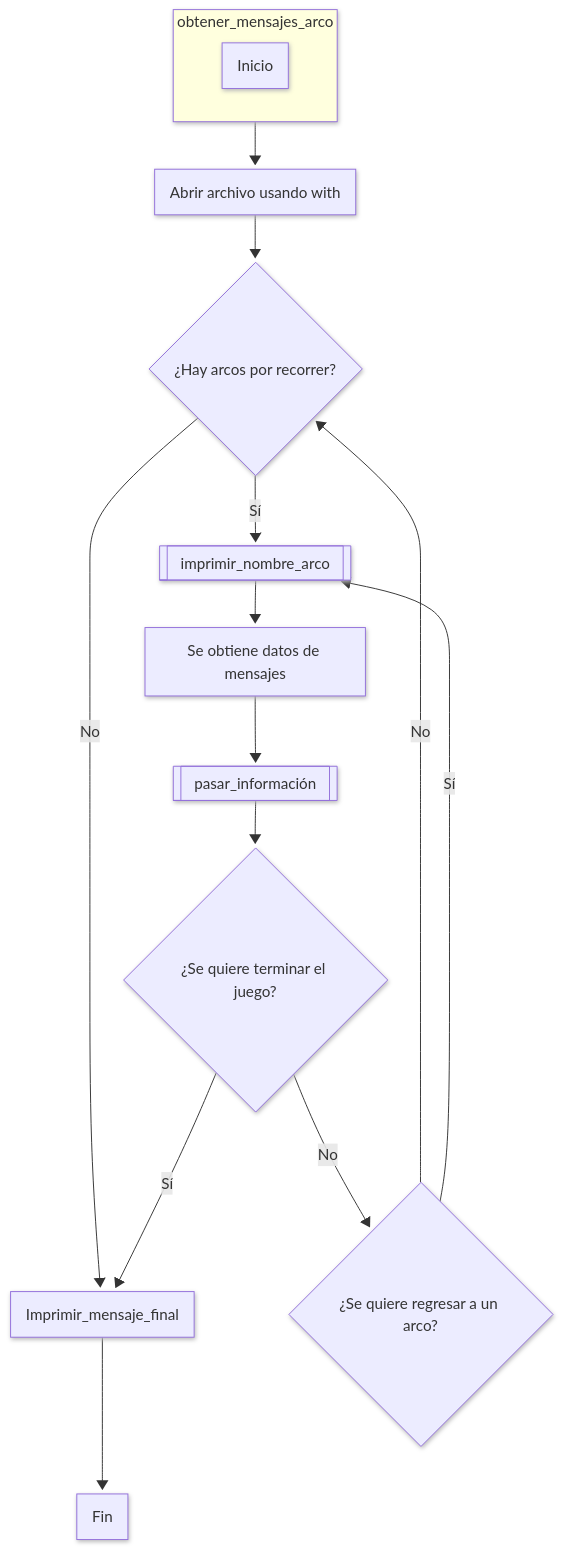
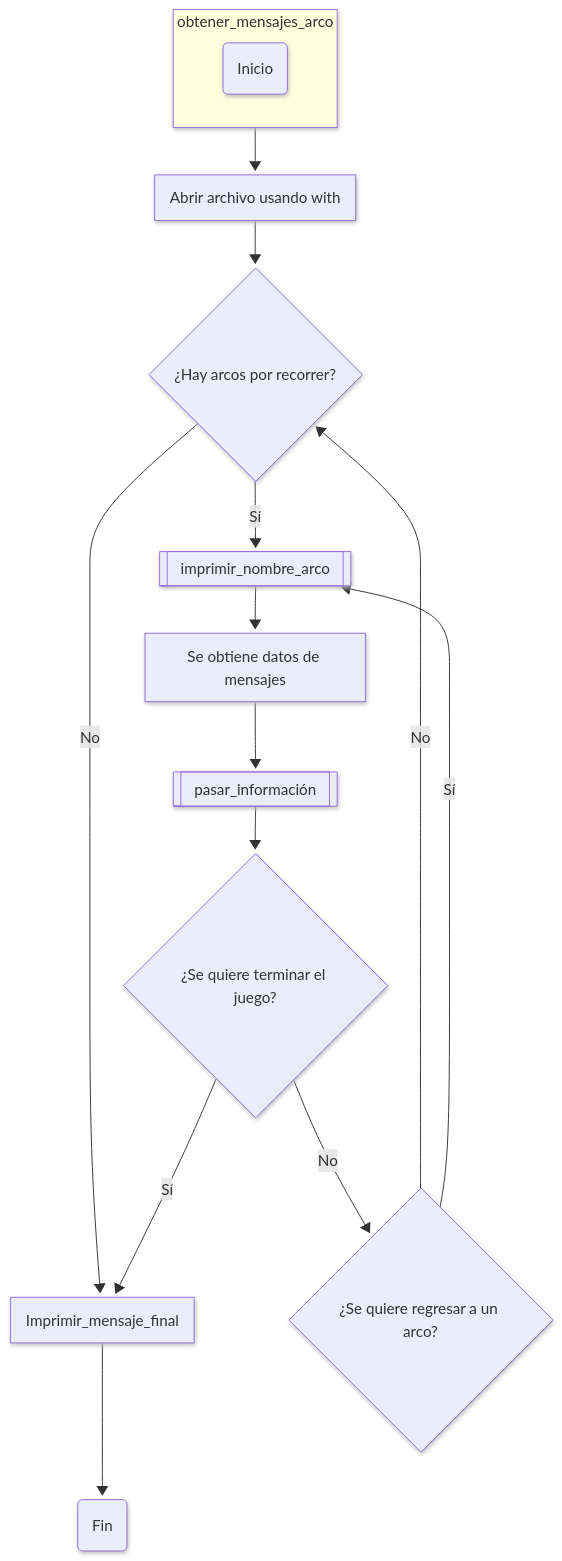
One commit to JuanJoToAl/Juego---Los_vivos_mienten changed the third of 13 diagrams in README.md. Above: the diagram before and after it, drawn with Mermaid. The commit also changed other lines of this file, not shown here.

Commit message:
actualización códigos y diagramas

````diff
--- a/README.md
+++ b/README.md
@@ -132,34 +132,34 @@
 ```mermaid
 ---
 config:
   theme: mc
   look: neo
 ---
 flowchart TD
     subgraph s1["obtener_mensajes_arco"]
-        n1["Inicio"]
+        n1("Inicio")
     end
     s1 --> n2["Abrir archivo usando with"]
     n2 --> n3{"¿Hay arcos por recorrer?"}
     n3 -- Sí --> n4[["imprimir_nombre_arco"]]
     n3 -- No --> n5["Imprimir_mensaje_final"]
-    n5 --> n6["Fin"]
+    n5 --> n6("Fin")
     n4 --> n7["Se obtiene datos de mensajes"]
     n7 --> n8[["pasar_información"]]
     n8 --> n9{"¿Se quiere terminar el juego?"}
     n9 -- No --> n11{"¿Se quiere regresar a un arco?"}
     n9 -- Sí --> n5
     n11 -- No --> n3
     n11 -- Sí --> n4
     n1:::rounded
     n3:::diam
     n4:::subproc
     n5:::subproc
     n6:::rounded
     n8:::subproc
     n9:::diam
     n11:::diam
     classDef rounded shape: rounded;
     classDef diam shape: diam;
     classDef subproc shape: subproc;
 ```
````
